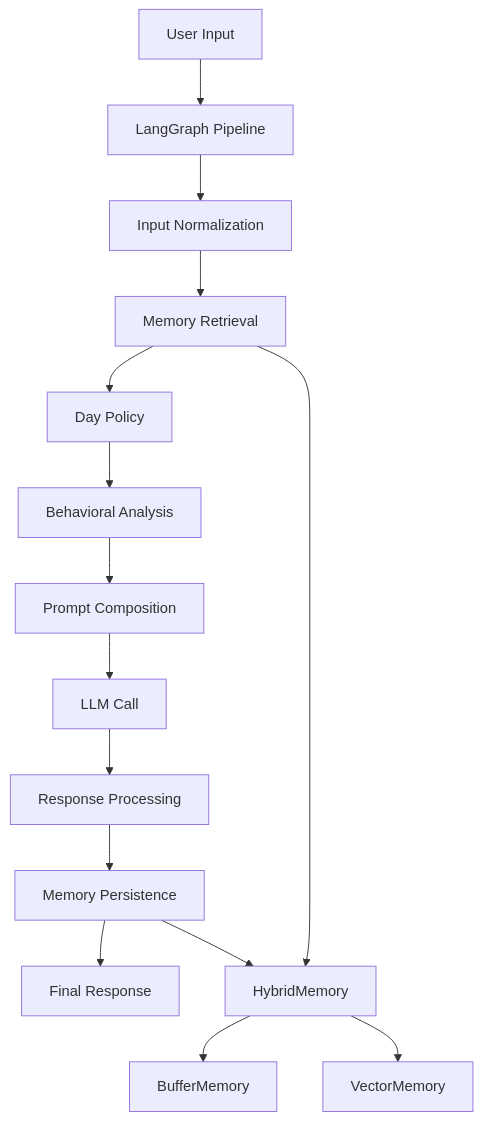
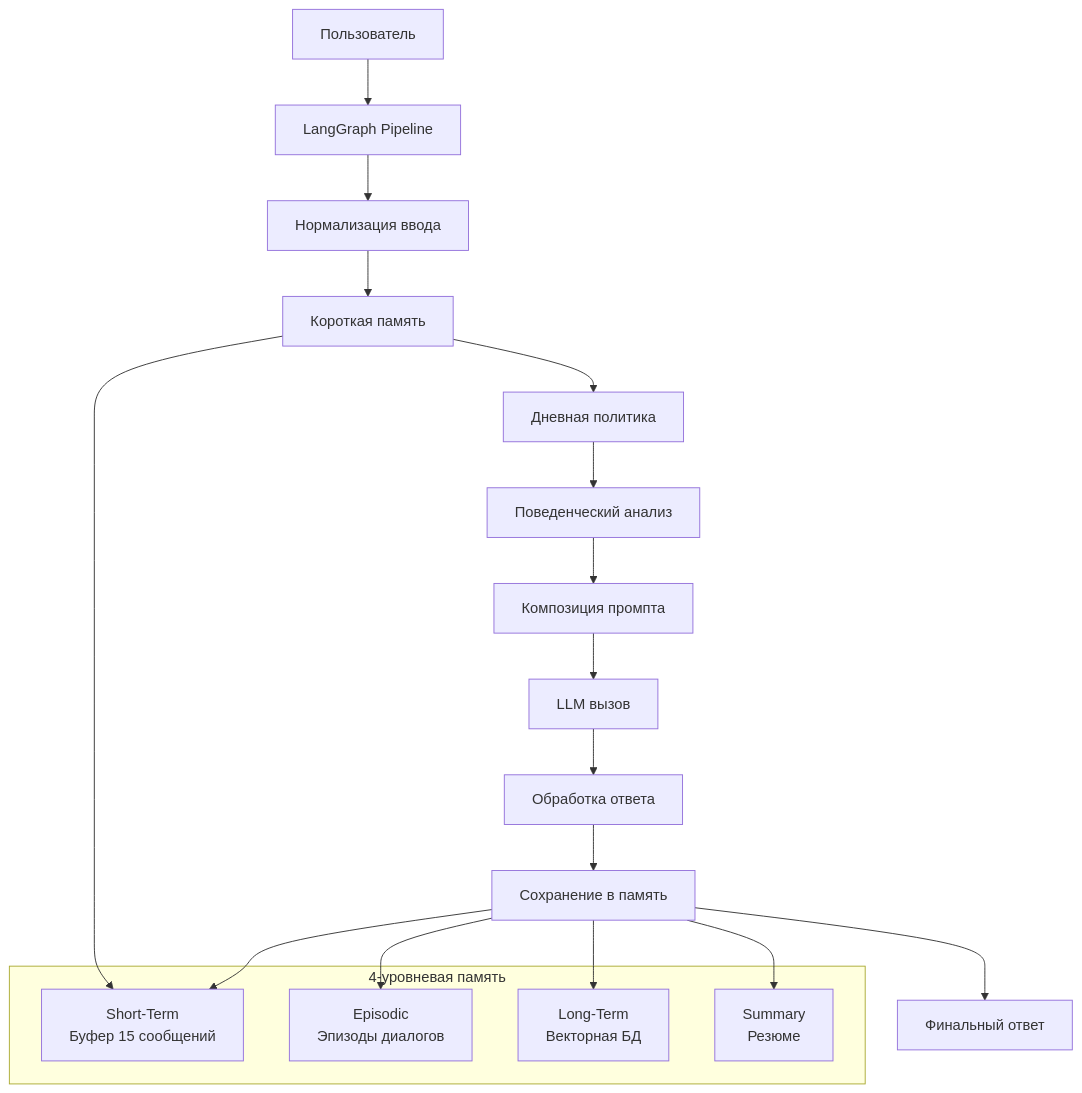
Before and after one commit to SCMARS/Agata: the diagram in README.md, drawn with Mermaid. The commit also changed other lines of this file and 148 other files, not shown here.

````diff
--- a/README.md
+++ b/README.md
@@ -27,18 +29,26 @@
 ```mermaid
 graph TD
-    A[User Input] --> B[LangGraph Pipeline]
-    B --> C[Input Normalization]
-    C --> D[Memory Retrieval]
-    D --> E[Day Policy]
-    E --> F[Behavioral Analysis]
-    F --> G[Prompt Composition]
-    G --> H[LLM Call]
-    H --> I[Response Processing]
-    I --> J[Memory Persistence]
-    J --> K[Final Response]
+    A[Пользователь] --> B[LangGraph Pipeline]
+    B --> C[Нормализация ввода]
+    C --> D[Короткая память]
+    D --> E[Дневная политика]
+    E --> F[Поведенческий анализ]
+    F --> G[Композиция промпта]
+    G --> H[LLM вызов]
+    H --> I[Обработка ответа]
+    I --> J[Сохранение в память]
+    J --> K[Финальный ответ]
     
-    L[HybridMemory] --> M[BufferMemory]
-    L --> N[VectorMemory]
+    subgraph "4-уровневая память"
+        L[Short-Term<br/>Буфер 15 сообщений]
+        M[Episodic<br/>Эпизоды диалогов]
+        N[Long-Term<br/>Векторная БД]
+        O[Summary<br/>Резюме]
+    end
+    
     D --> L
     J --> L
+    J --> M
+    J --> N
+    J --> O
 ```
````
